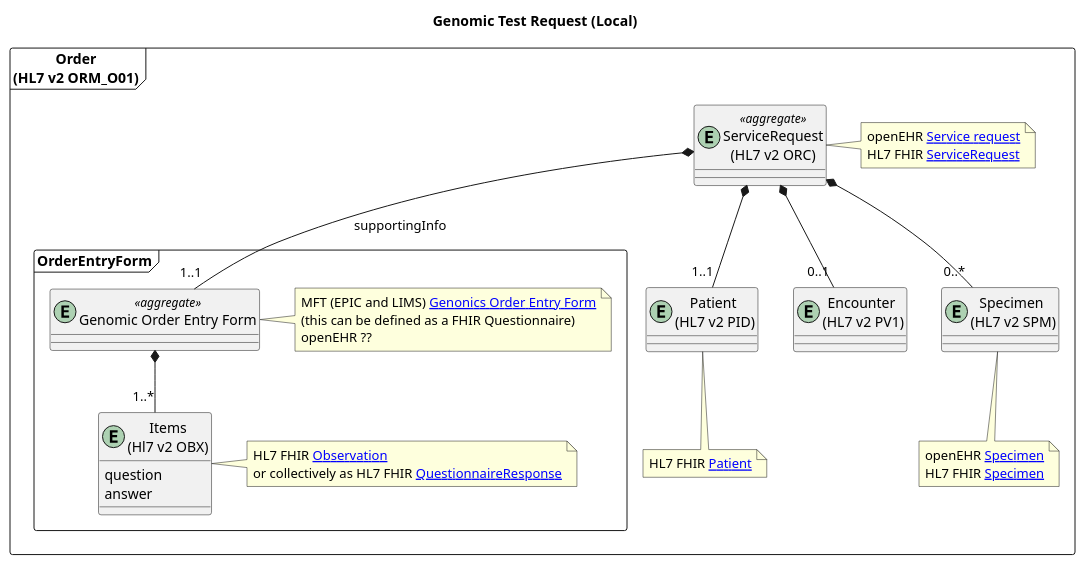
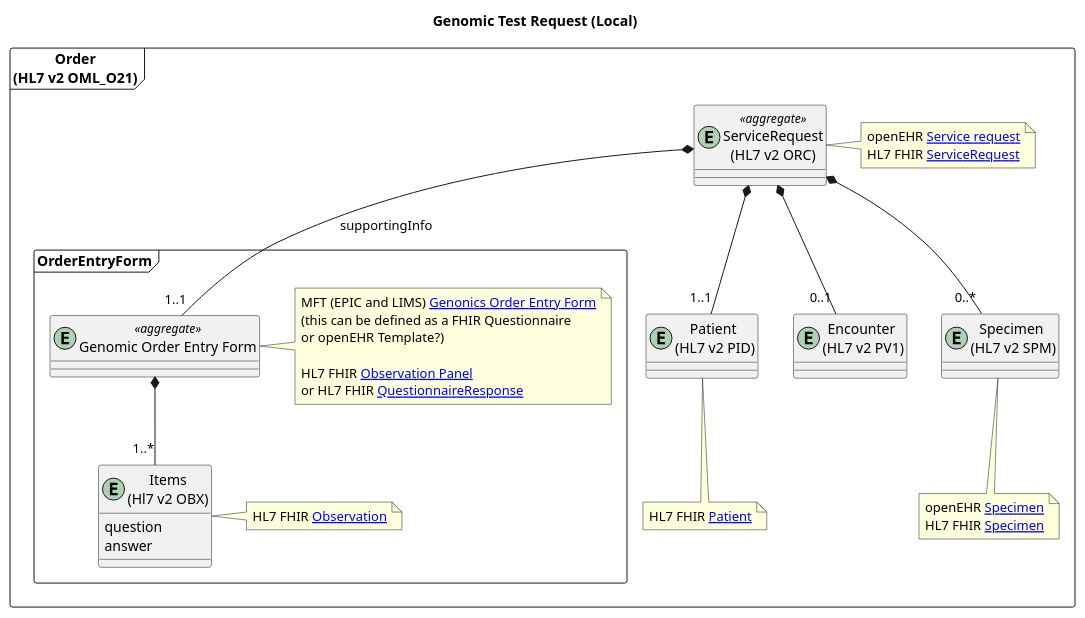
One commit to nw-gmsa/nw-gmsa.github.com changed the diagram in input/images-source/orders-model-regional.plantuml. Above: the diagram before and after it, drawn with PlantUML. The commit also changed 2 other files, not shown here.

```diff
--- a/input/images-source/orders-model-regional.plantuml
+++ b/input/images-source/orders-model-regional.plantuml
@@ -1,59 +1,61 @@
 @startuml
 
 title "Genomic Test Request (Local)"
 
 
-frame "Order\n(HL7 v2 ORM_O01)"  as Order {
+frame "Order\n(HL7 v2 OML_O21)"  as Order {
 
   entity "Patient \n(HL7 v2 PID)" as PID
 
   note bottom of PID
   HL7 FHIR [[StructureDefinition-Patient.html Patient]]
   end note
 
   entity "Encounter \n(HL7 v2 PV1)" as PV1
 
   entity "ServiceRequest\n(HL7 v2 ORC)" as ORC <<aggregate>>
 
   entity "Specimen \n(HL7 v2 SPM)" as SPM
 
   note bottom of SPM
   openEHR [[https://ckm.openehr.org/ckm/archetypes/1013.1.331 Specimen]]
   HL7 FHIR [[StructureDefinition-Specimen.html Specimen]]
   end note
 
   note right of ORC
 openEHR [[https://ckm.openehr.org/ckm/archetypes/1013.1.614 Service request]]
 HL7 FHIR [[StructureDefinition-ServiceRequest.html ServiceRequest]]
 end note
 
   frame OrderEntryForm {
     entity "Genomic Order Entry Form" as QR <<aggregate>>
 
     entity "Items\n(Hl7 v2 OBX)" as OBX {
       question
       answer
     }
 
     note right of QR
     MFT (EPIC and LIMS) [[Questionnaire-NW-Genomics-Test-Order.html Genonics Order Entry Form]]
-    (this can be defined as a FHIR Questionnaire)
-    openEHR ??
+    (this can be defined as a FHIR Questionnaire
+    or openEHR Template?)
+
+    HL7 FHIR [[StructureDefinition-Observation-Panel.html Observation Panel]]
+    or HL7 FHIR [[StructureDefinition-QuestionnaireResponse.html QuestionnaireResponse]]
     end note
 
     note right of OBX
     HL7 FHIR [[StructureDefinition-Observation.html Observation]]
-    or collectively as HL7 FHIR [[StructureDefinition-QuestionnaireResponse.html QuestionnaireResponse]]
     end note
   }
 }
 
 
 ORC *-- "0..*" SPM
 ORC *-- "1..1" PID
 ORC *-- "0..1" PV1
 ORC *-- "1..1" QR : supportingInfo
 QR *-- "1..*" OBX
 
 
 @enduml
```
